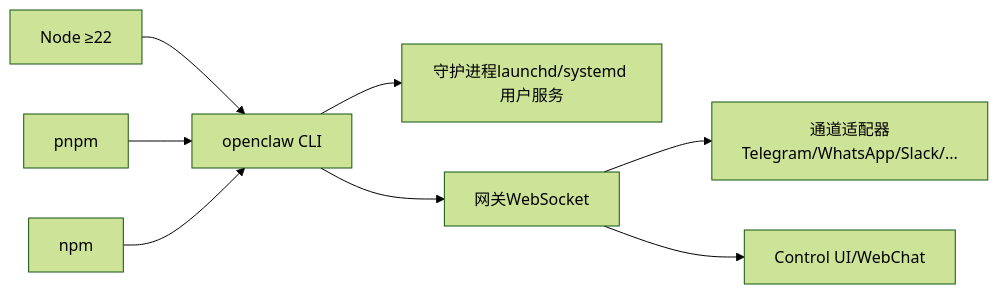
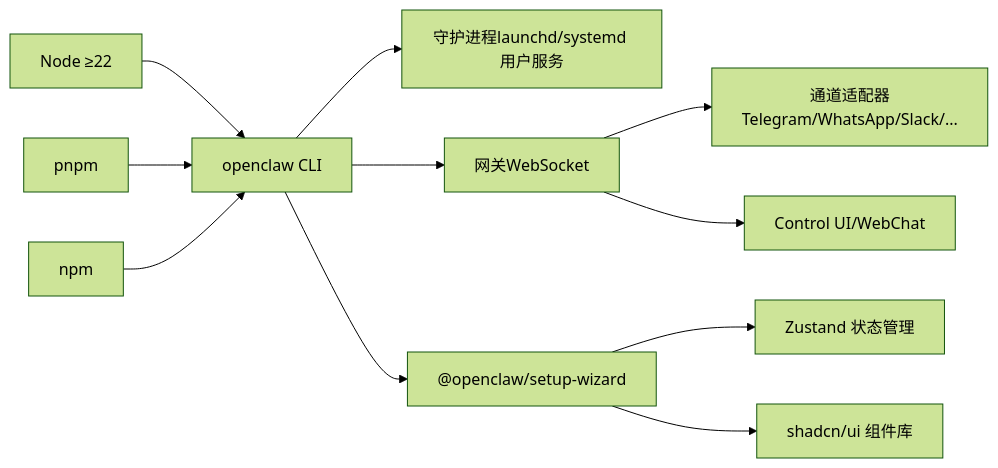
One commit to verse-ai-org/openclaw changed the fourth of 4 diagrams in .qoder/repowiki/zh/content/快速开始.md. Above: the diagram before and after it, drawn with Mermaid (forest theme). The commit also changed other lines of this file and 318 other files, not shown here.

Commit message:
feat(setup wizard): app启动配置ui

````diff
--- a/.qoder/repowiki/zh/content/快速开始.md
+++ b/.qoder/repowiki/zh/content/快速开始.md
@@ -217,10 +321,13 @@
 ```mermaid
 graph LR
 Node["Node ≥22"] --> OpenClaw["openclaw CLI"]
 PNPM["pnpm"] --> OpenClaw
 NPM["npm"] --> OpenClaw
 OpenClaw --> Services["守护进程launchd/systemd 用户服务"]
 OpenClaw --> Gateway["网关WebSocket"]
+OpenClaw --> SetupWizard["@openclaw/setup-wizard"]
+SetupWizard --> Zustand["Zustand 状态管理"]
+SetupWizard --> UIComponents["shadcn/ui 组件库"]
 Gateway --> Channels["通道适配器Telegram/WhatsApp/Slack/..."]
 Gateway --> UI["Control UI/WebChat"]
 ```
````
